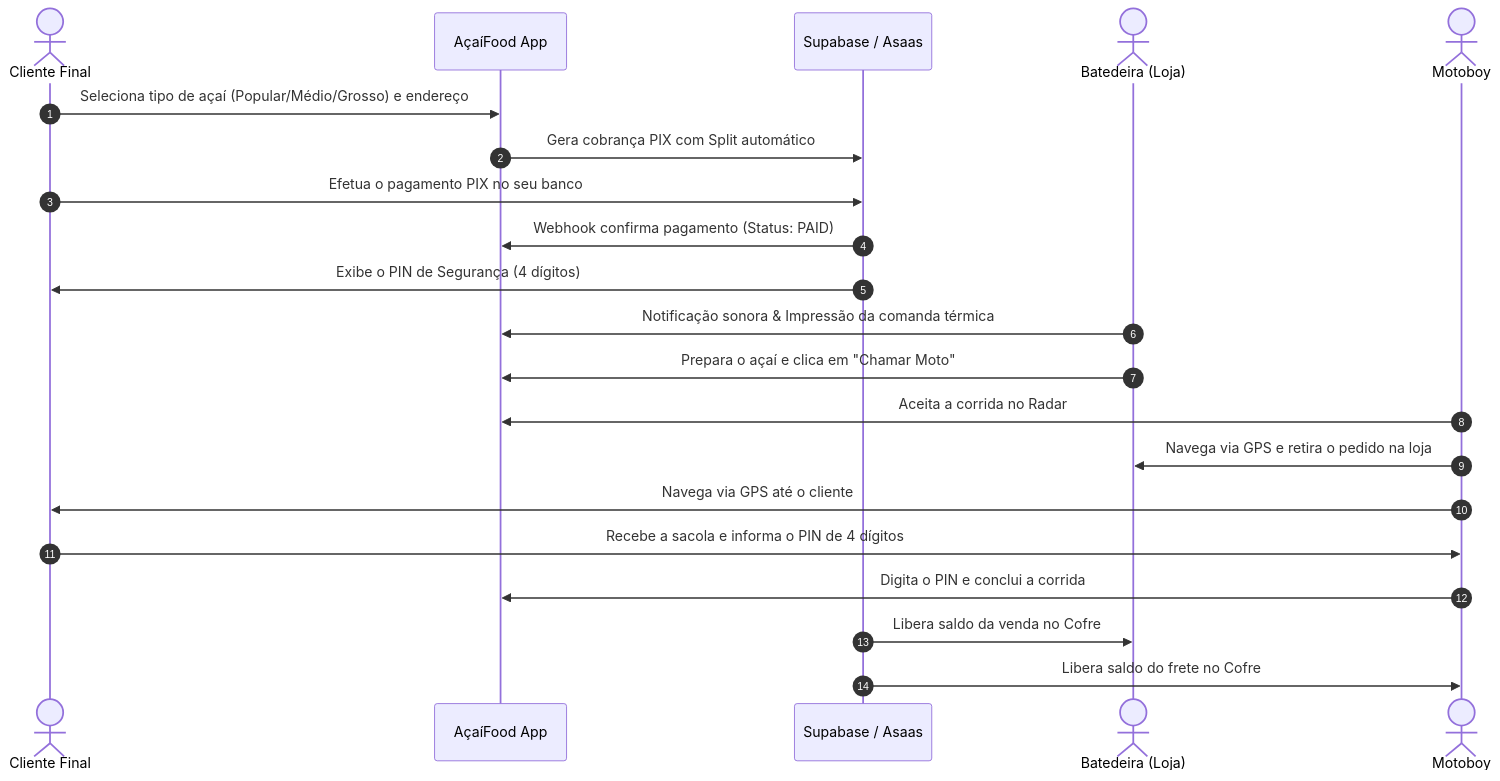
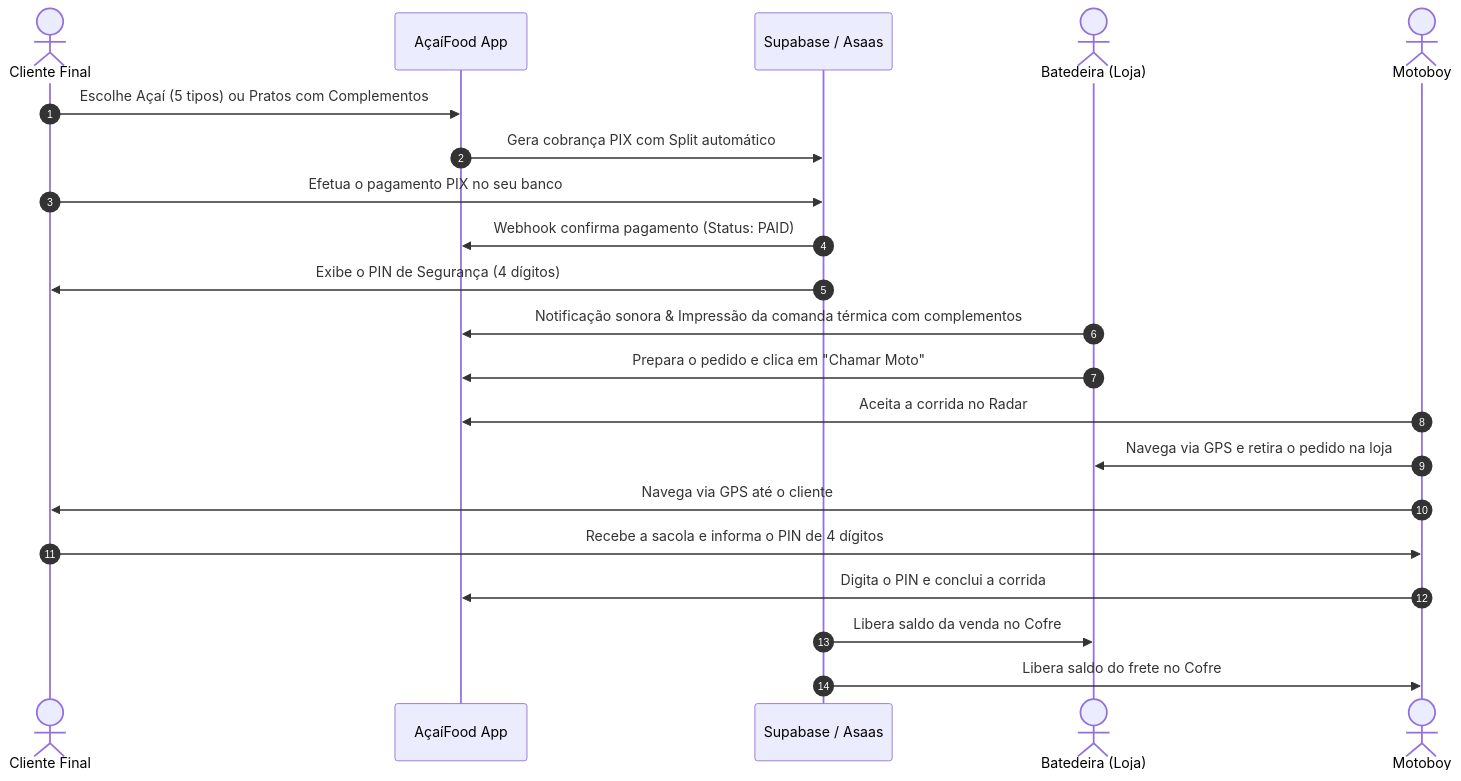
One commit to appsolutions76-byte/AcaiFood changed the second of 4 diagrams in MANUAL_COMPLETO_E_AUDITORIA_ACAIFOOD.md. Above: the diagram before and after it, drawn with Mermaid. The commit also changed other lines of this file and 1 other file, not shown here.

````diff
--- a/MANUAL_COMPLETO_E_AUDITORIA_ACAIFOOD.md
+++ b/MANUAL_COMPLETO_E_AUDITORIA_ACAIFOOD.md
@@ -70,24 +85,24 @@
 ```mermaid
 sequenceDiagram
     autonumber
     actor C as Cliente Final
     participant App as AçaíFood App
     participant DB as Supabase / Asaas
     actor B as Batedeira (Loja)
     actor M as Motoboy
 
-    C->>App: Seleciona tipo de açaí (Popular/Médio/Grosso) e endereço
+    C->>App: Escolhe Açaí (5 tipos) ou Pratos com Complementos
     App->>DB: Gera cobrança PIX com Split automático
     C->>DB: Efetua o pagamento PIX no seu banco
     DB->>App: Webhook confirma pagamento (Status: PAID)
     DB->>C: Exibe o PIN de Segurança (4 dígitos)
-    B->>App: Notificação sonora & Impressão da comanda térmica
-    B->>App: Prepara o açaí e clica em "Chamar Moto"
+    B->>App: Notificação sonora & Impressão da comanda térmica com complementos
+    B->>App: Prepara o pedido e clica em "Chamar Moto"
     M->>App: Aceita a corrida no Radar
     M->>B: Navega via GPS e retira o pedido na loja
     M->>C: Navega via GPS até o cliente
     C->>M: Recebe a sacola e informa o PIN de 4 dígitos
     M->>App: Digita o PIN e conclui a corrida
     DB->>B: Libera saldo da venda no Cofre
     DB->>M: Libera saldo do frete no Cofre
 ```
````
